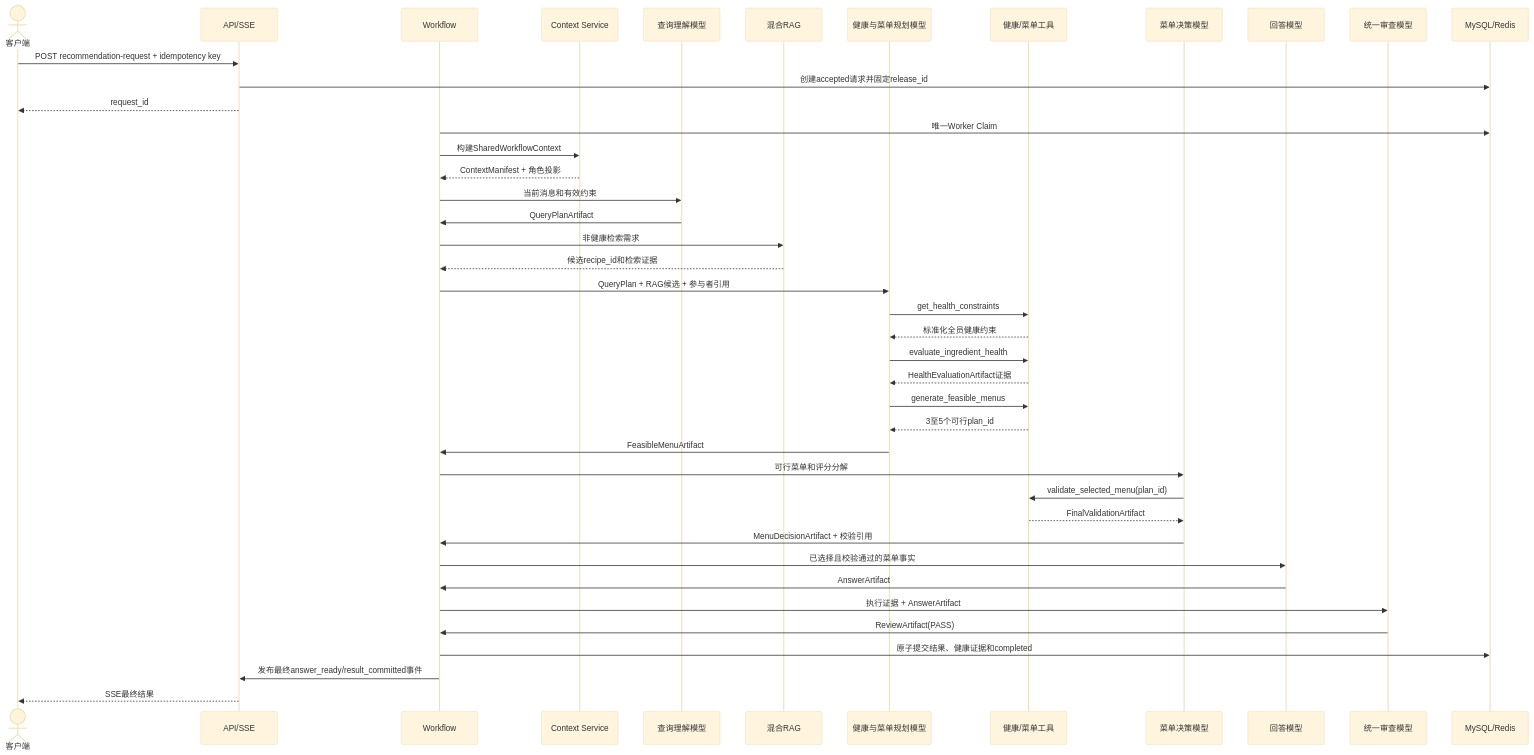
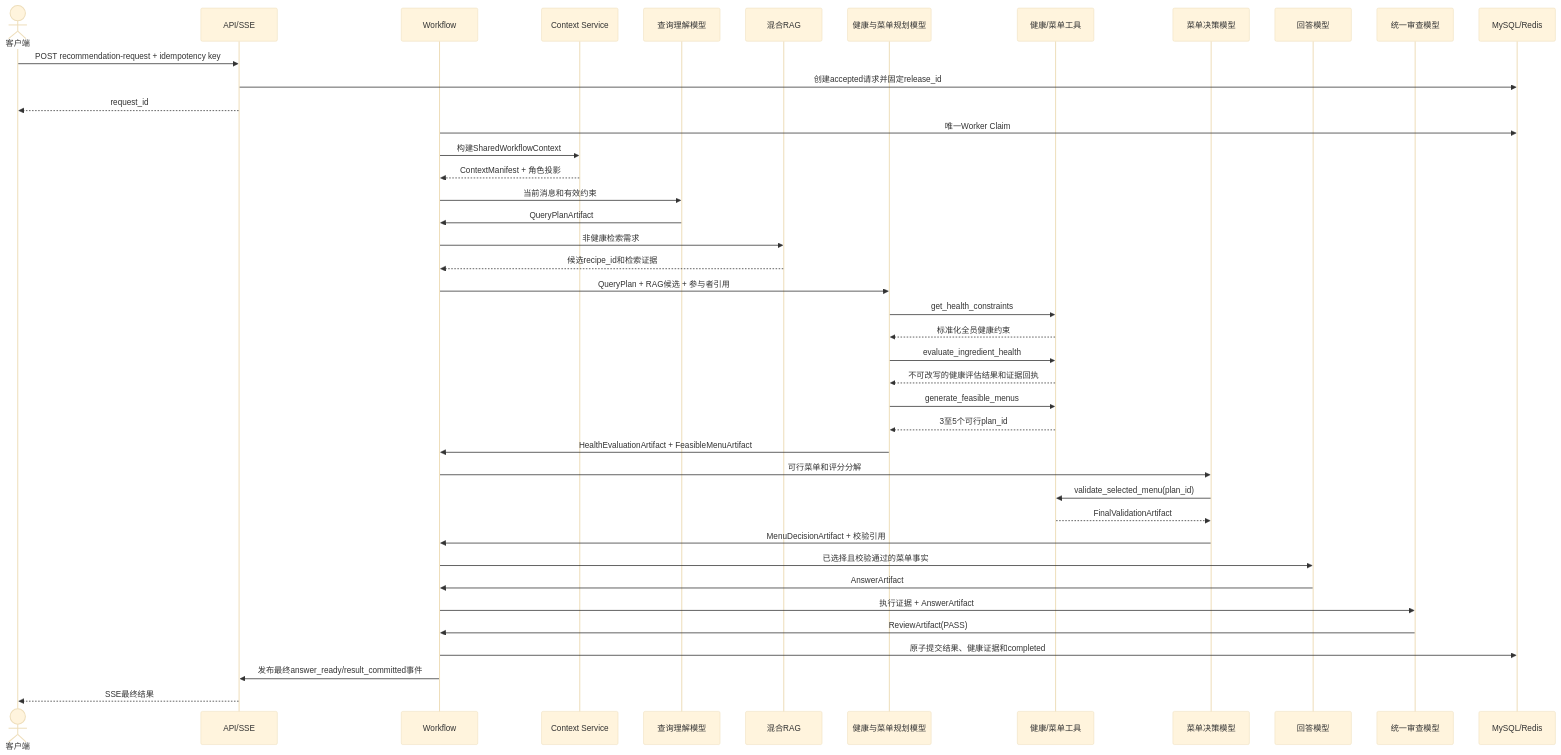
The second of 3 diagrams in docs/scenarios/recommendation-lifecycle.md (819-Aa/FangTai), drawn with Mermaid (base theme) before and after one commit. The commit also changed 4 other files, not shown here.

Commit message:
docs(architecture): align v2 documentation baseline

````diff
--- a/docs/scenarios/recommendation-lifecycle.md
+++ b/docs/scenarios/recommendation-lifecycle.md
@@ -37,45 +37,45 @@
 ```mermaid
 sequenceDiagram
     actor Client as 客户端
     participant API as API/SSE
     participant WF as Workflow
     participant CTX as Context Service
     participant Q as 查询理解模型
     participant RAG as 混合RAG
     participant HP as 健康与菜单规划模型
     participant HT as 健康/菜单工具
     participant MD as 菜单决策模型
     participant ANS as 回答模型
     participant REV as 统一审查模型
     participant DB as MySQL/Redis
 
     Client->>API: POST recommendation-request + idempotency key
     API->>DB: 创建accepted请求并固定release_id
     API-->>Client: request_id
     WF->>DB: 唯一Worker Claim
     WF->>CTX: 构建SharedWorkflowContext
     CTX-->>WF: ContextManifest + 角色投影
     WF->>Q: 当前消息和有效约束
     Q->>WF: QueryPlanArtifact
     WF->>RAG: 非健康检索需求
     RAG-->>WF: 候选recipe_id和检索证据
     WF->>HP: QueryPlan + RAG候选 + 参与者引用
     HP->>HT: get_health_constraints
     HT-->>HP: 标准化全员健康约束
     HP->>HT: evaluate_ingredient_health
-    HT-->>HP: HealthEvaluationArtifact证据
+    HT-->>HP: 不可改写的健康评估结果和证据回执
     HP->>HT: generate_feasible_menus
     HT-->>HP: 3至5个可行plan_id
-    HP->>WF: FeasibleMenuArtifact
+    HP->>WF: HealthEvaluationArtifact + FeasibleMenuArtifact
     WF->>MD: 可行菜单和评分分解
     MD->>HT: validate_selected_menu(plan_id)
     HT-->>MD: FinalValidationArtifact
     MD->>WF: MenuDecisionArtifact + 校验引用
     WF->>ANS: 已选择且校验通过的菜单事实
     ANS->>WF: AnswerArtifact
     WF->>REV: 执行证据 + AnswerArtifact
     REV->>WF: ReviewArtifact(PASS)
     WF->>DB: 原子提交结果、健康证据和completed
     WF->>API: 发布最终answer_ready/result_committed事件
     API-->>Client: SSE最终结果
 ```
````
